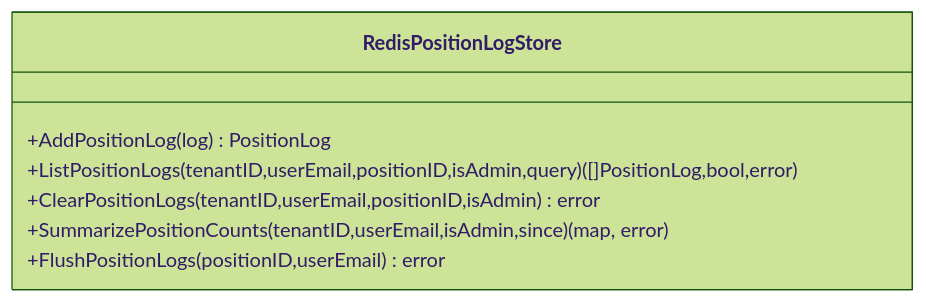
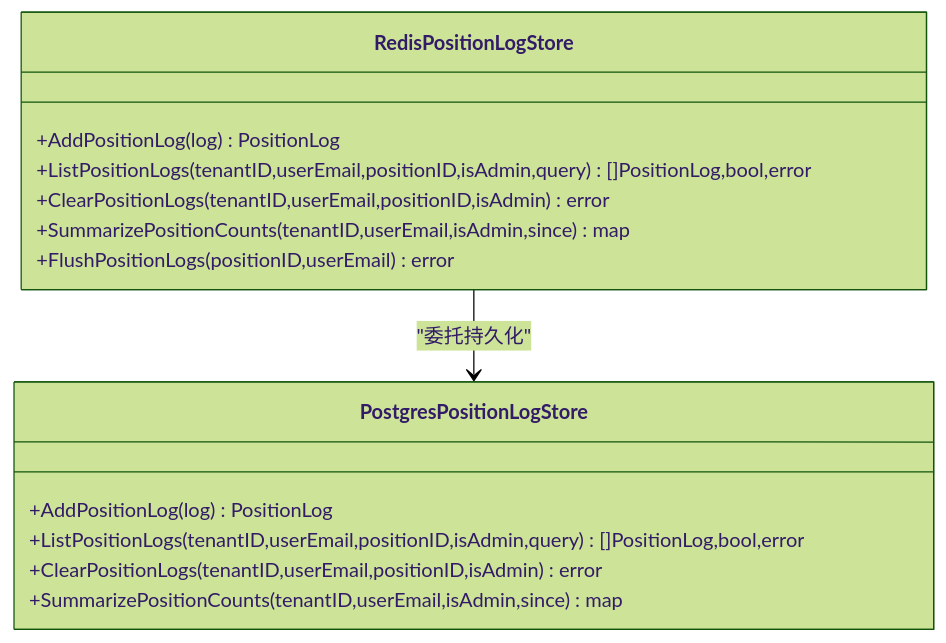
The fourth of 10 diagrams in .qoder/repowiki/zh/content/云端后端服务/岗位运行管理/岗位监控统计.md (alvinwangzi/goodhr), drawn with Mermaid (forest theme) before and after one commit. The commit also changed other lines of this file and 149 other files, not shown here.

````diff
--- a/.qoder/repowiki/zh/content/云端后端服务/岗位运行管理/岗位监控统计.md
+++ b/.qoder/repowiki/zh/content/云端后端服务/岗位运行管理/岗位监控统计.md
@@ -167,10 +179,17 @@
 ```mermaid
 classDiagram
 class RedisPositionLogStore {
 +AddPositionLog(log) PositionLog
-+ListPositionLogs(tenantID,userEmail,positionID,isAdmin,query) ([]PositionLog,bool,error)
++ListPositionLogs(tenantID,userEmail,positionID,isAdmin,query) []PositionLog,bool,error
 +ClearPositionLogs(tenantID,userEmail,positionID,isAdmin) error
-+SummarizePositionCounts(tenantID,userEmail,isAdmin,since) (map, error)
++SummarizePositionCounts(tenantID,userEmail,isAdmin,since) map
 +FlushPositionLogs(positionID,userEmail) error
 }
+class PostgresPositionLogStore {
++AddPositionLog(log) PositionLog
++ListPositionLogs(tenantID,userEmail,positionID,isAdmin,query) []PositionLog,bool,error
++ClearPositionLogs(tenantID,userEmail,positionID,isAdmin) error
++SummarizePositionCounts(tenantID,userEmail,isAdmin,since) map
+}
+RedisPositionLogStore --> PostgresPositionLogStore : "委托持久化"
 ```
````
